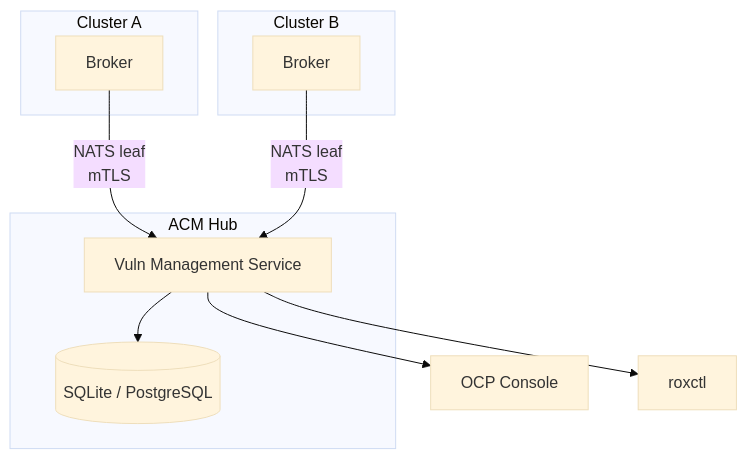
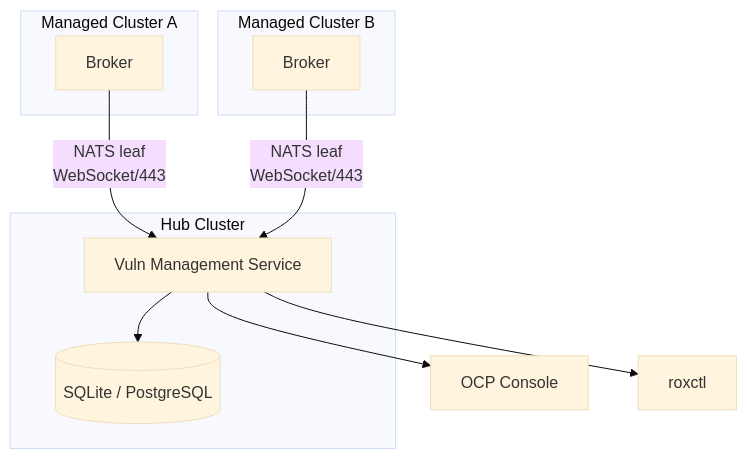
One commit to kylape/acs-next changed the diagram in docs/architecture/multi-cluster.md. Above: the diagram before and after it, drawn with Mermaid (base theme). The commit also changed other lines of this file and 3 other files, not shown here.

````diff
--- a/docs/architecture/multi-cluster.md
+++ b/docs/architecture/multi-cluster.md
@@ -28,22 +11,22 @@
 ```mermaid
 graph TB
-    subgraph clusterA["Cluster A"]
+    subgraph clusterA["Managed Cluster A"]
         BrokerA["Broker"]
     end
 
-    subgraph clusterB["Cluster B"]
+    subgraph clusterB["Managed Cluster B"]
         BrokerB["Broker"]
     end
 
-    subgraph hub["ACM Hub"]
+    subgraph hub["Hub Cluster"]
         VulnMgmt["Vuln Management Service"]
         DB[("SQLite / PostgreSQL")]
         VulnMgmt --> DB
     end
 
-    BrokerA -->|NATS leaf<br/>mTLS| VulnMgmt
-    BrokerB -->|NATS leaf<br/>mTLS| VulnMgmt
+    BrokerA -->|NATS leaf<br/>WebSocket/443| VulnMgmt
+    BrokerB -->|NATS leaf<br/>WebSocket/443| VulnMgmt
 
     VulnMgmt --> Console["OCP Console"]
     VulnMgmt --> roxctl["roxctl"]
 ```
````
